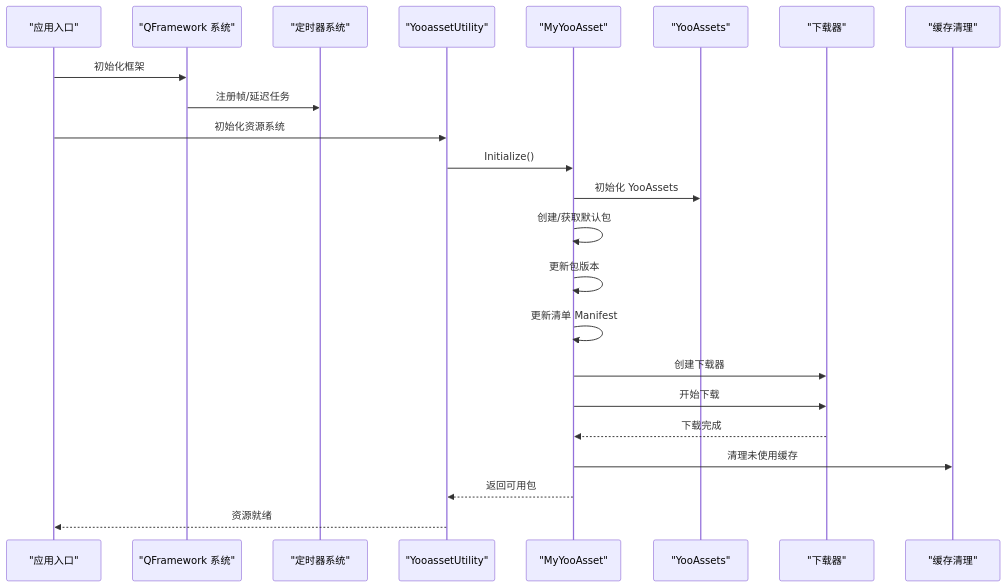
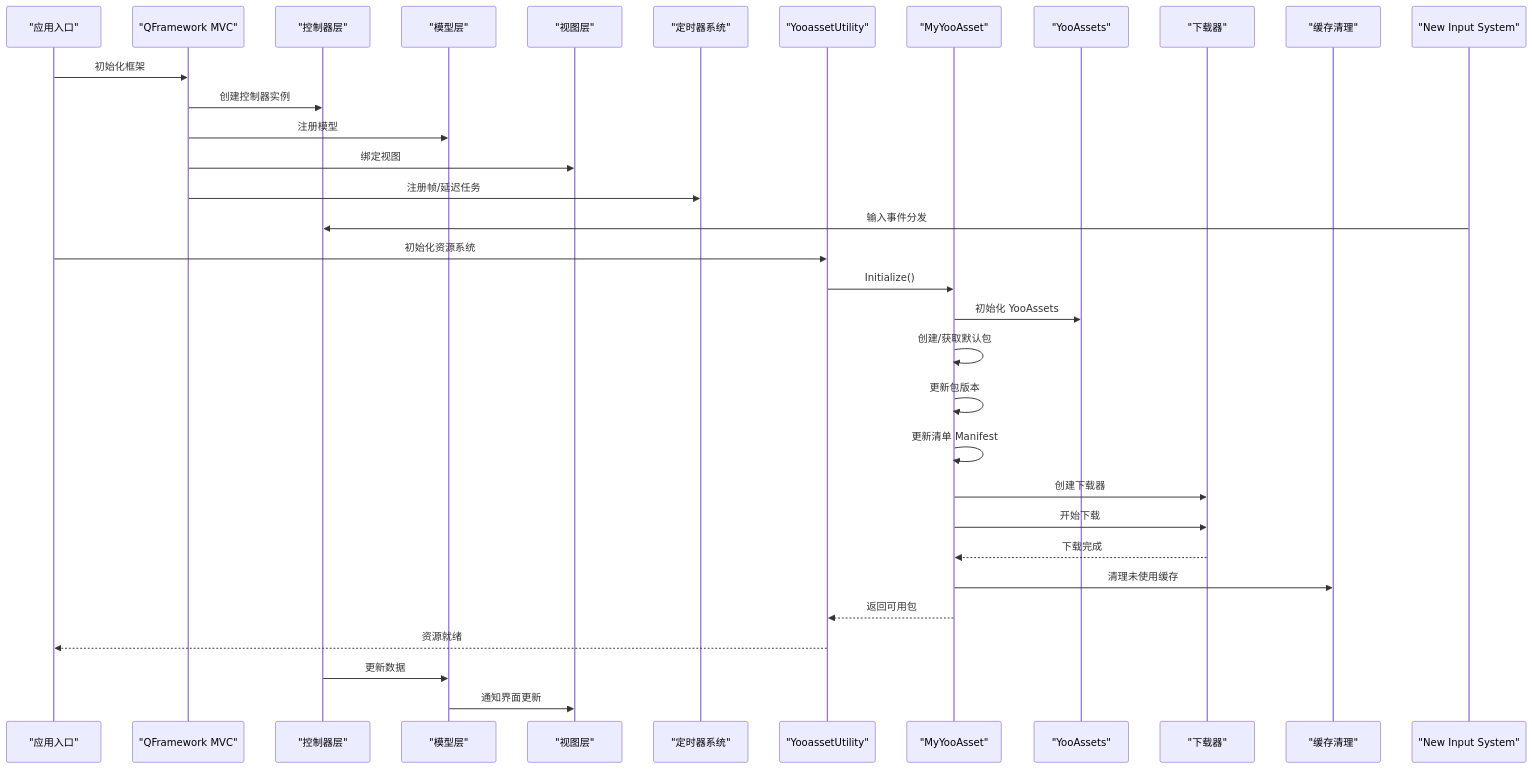
Before and after one commit to MOYVSH/SimulationClient: the second of 4 diagrams in .qoder/repowiki/zh/content/项目概述/技术栈概览.md, drawn with Mermaid. The commit also changed other lines of this file and 73 other files, not shown here.

````diff
--- a/.qoder/repowiki/zh/content/项目概述/技术栈概览.md
+++ b/.qoder/repowiki/zh/content/项目概述/技术栈概览.md
@@ -126,25 +167,35 @@
 ```mermaid
 sequenceDiagram
 participant App as "应用入口"
-participant QF as "QFramework 系统"
+participant QF as "QFramework MVC"
+participant Controller as "控制器层"
+participant Model as "模型层"
+participant View as "视图层"
 participant Timer as "定时器系统"
 participant YU as "YooassetUtility"
 participant YA as "MyYooAsset"
 participant Yoo as "YooAssets"
 participant DL as "下载器"
 participant Cache as "缓存清理"
+participant Input as "New Input System"
 App->>QF : 初始化框架
+QF->>Controller : 创建控制器实例
+QF->>Model : 注册模型
+QF->>View : 绑定视图
 QF->>Timer : 注册帧/延迟任务
+Input->>Controller : 输入事件分发
 App->>YU : 初始化资源系统
 YU->>YA : Initialize()
 YA->>Yoo : 初始化 YooAssets
 YA->>YA : 创建/获取默认包
 YA->>YA : 更新包版本
 YA->>YA : 更新清单 Manifest
 YA->>DL : 创建下载器
 YA->>DL : 开始下载
 DL-->>YA : 下载完成
 YA->>Cache : 清理未使用缓存
 YA-->>YU : 返回可用包
 YU-->>App : 资源就绪
+Controller->>Model : 更新数据
+Model->>View : 通知界面更新
 ```
````
